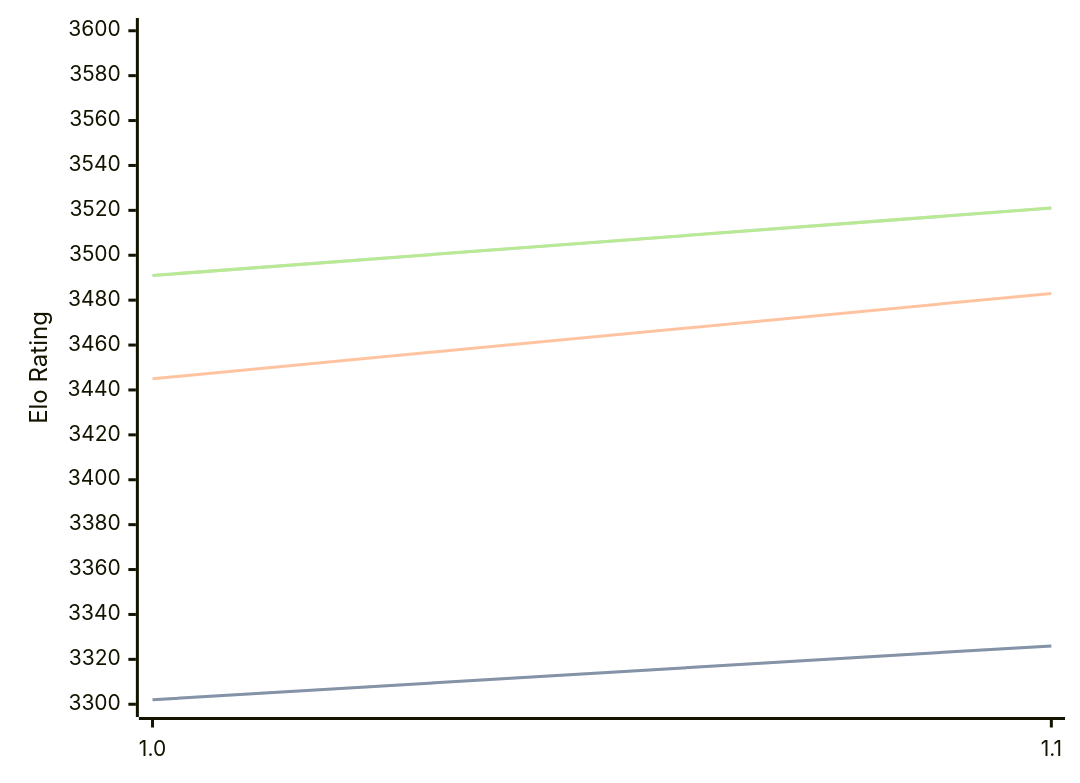
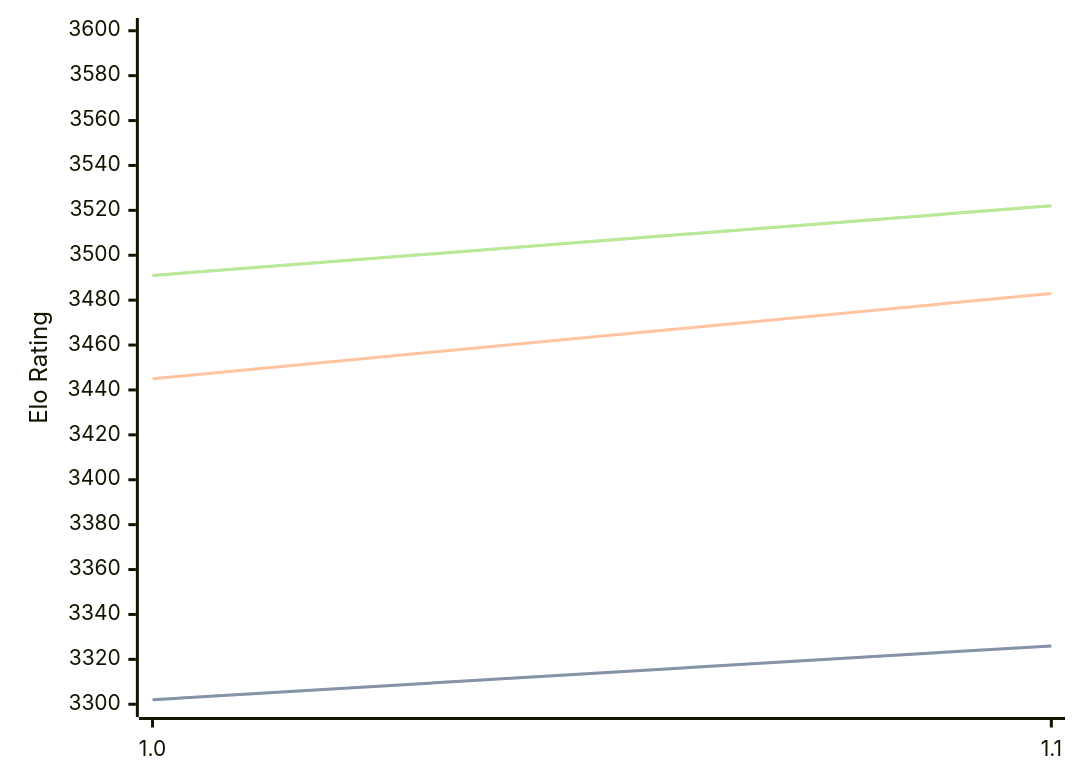
The third of 3 diagrams in engines/Icarus.md (computer-chess-index/cci), drawn with Mermaid before and after one commit. The commit also changed other lines of this file, not shown here.

Commit message:
Update CCI Ratings (ELO VLTC) - 2026-07-10

````diff
--- a/engines/Icarus.md
+++ b/engines/Icarus.md
@@ -65,11 +65,11 @@
 ```mermaid
 %%{init: {"theme":"base","themeVariables":{"seriesColors:['#a3a3a3','#222221','#faa371']}}}%%
 xychart-beta
   x-axis ["1.0", "1.1"]
   y-axis "Elo Rating" 3300 --> 3600
   line "STC (8.0+0.08s)" [3302, 3326]
   line "STC (8.0+0.08s)" [3302, 3326]
   line "LTC (60.0+0.60s)" [3445, 3483]
-  line "VLTC (2m24s+1.12s)" [3491, 3521]
-  line "VLTC (2m24s+1.12s)" [3491, 3521]
+  line "VLTC (2m24s+1.12s)" [3491, 3522]
+  line "VLTC (2m24s+1.12s)" [3491, 3522]
 ```
````
